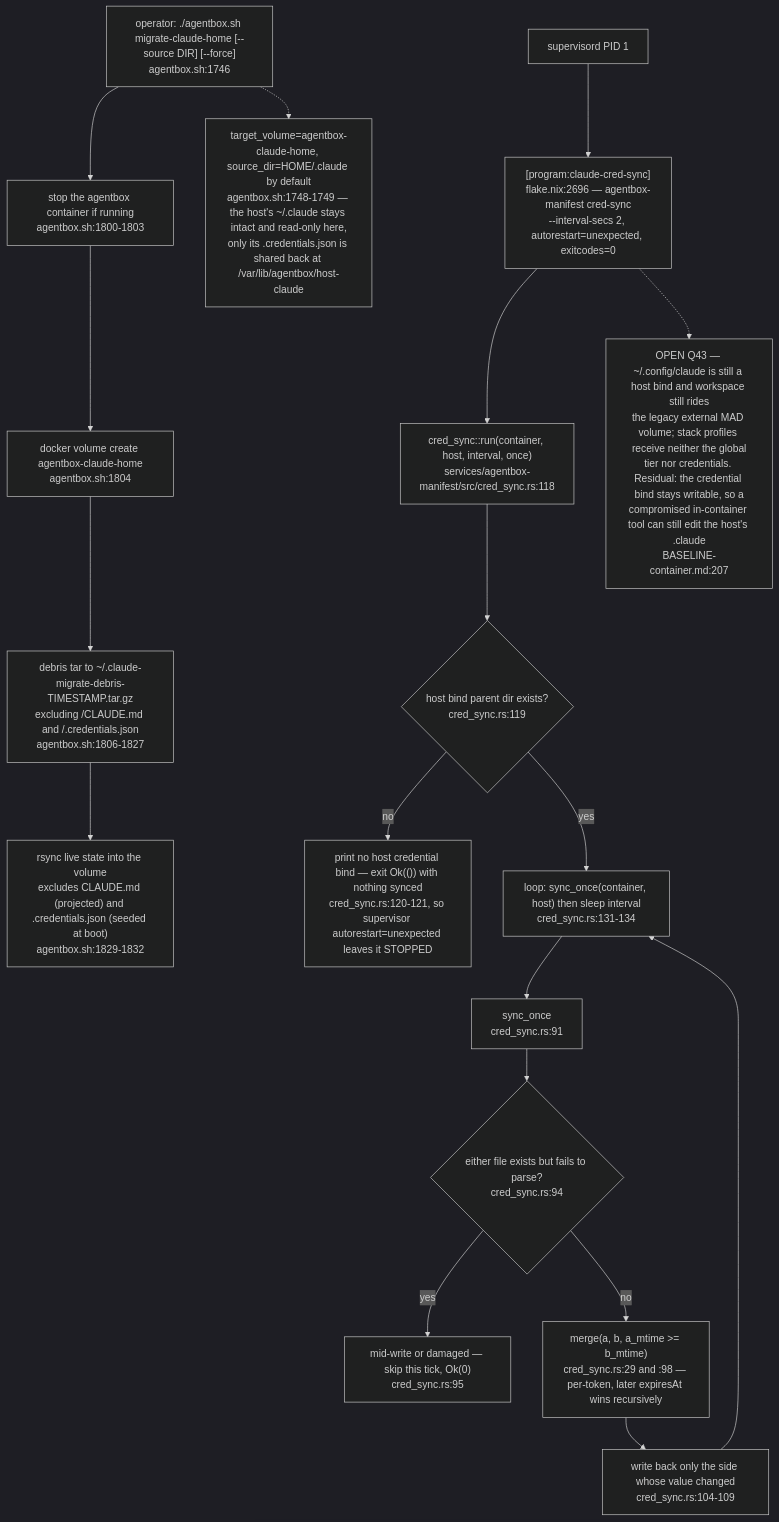
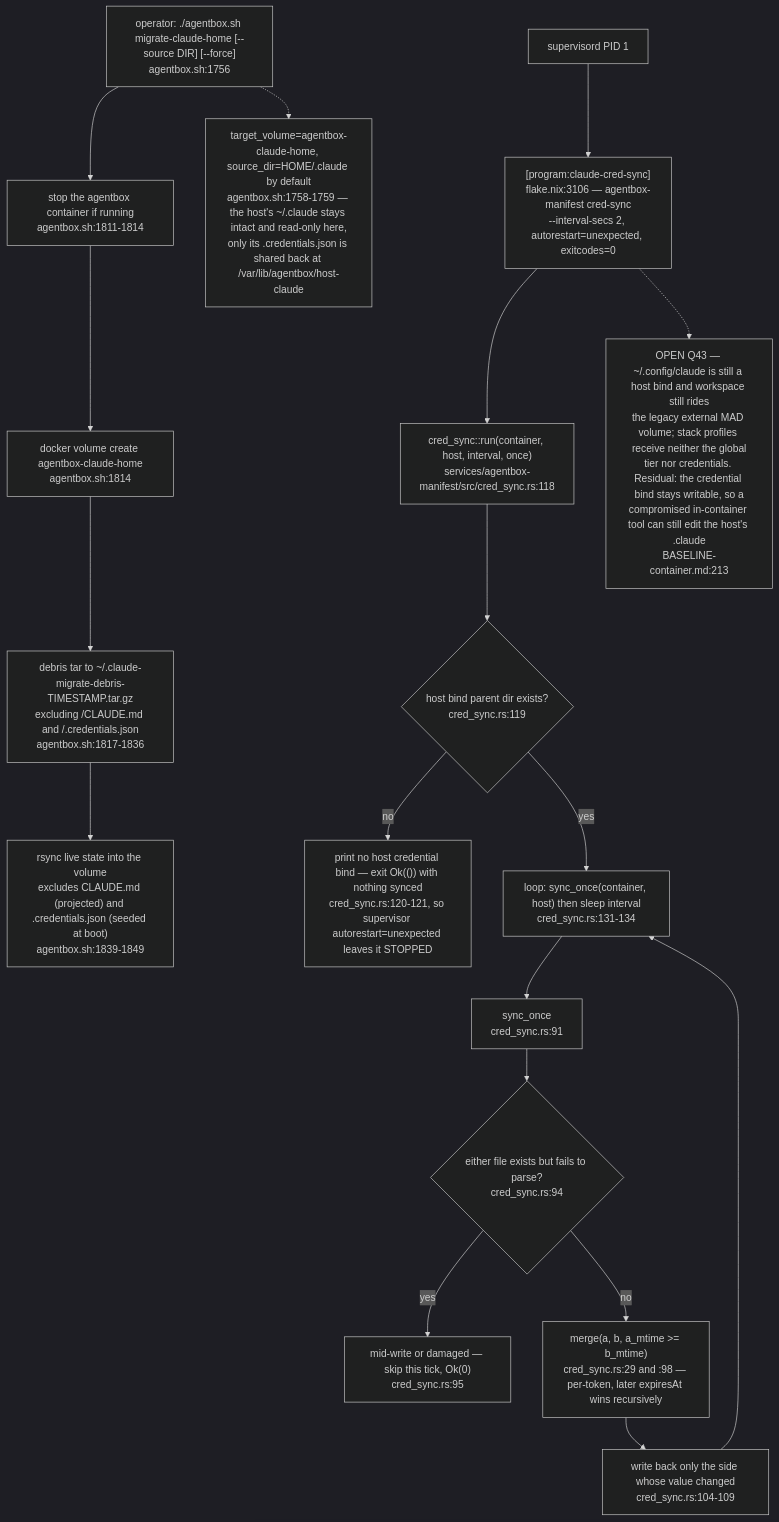
Diagram 11 of 11 in docs/diagrams/agentbox/07-daemons-reapers-cron-backups.md (DreamLab-AI/VisionFlow), drawn with Mermaid (dark theme) before and after one commit. The commit also changed other lines of this file and 111 other files, not shown here.

Commit message:
docs(diagrams): align estate maps with current source

````diff
--- a/docs/diagrams/agentbox/07-daemons-reapers-cron-backups.md
+++ b/docs/diagrams/agentbox/07-daemons-reapers-cron-backups.md
@@ -395,22 +395,22 @@
 ```mermaid
 flowchart TD
-    MIG["operator: ./agentbox.sh migrate-claude-home [--source DIR] [--force]<br/>agentbox.sh:1746"] --> STOP["stop the agentbox container if running<br/>agentbox.sh:1800-1803"]
-    STOP --> VOL["docker volume create agentbox-claude-home<br/>agentbox.sh:1804"]
-    VOL --> DEB["debris tar to ~/.claude-migrate-debris-TIMESTAMP.tar.gz<br/>excluding /CLAUDE.md and /.credentials.json<br/>agentbox.sh:1806-1827"]
-    DEB --> RSYNC["rsync live state into the volume<br/>excludes CLAUDE.md (projected) and .credentials.json (seeded at boot)<br/>agentbox.sh:1829-1832"]
+    MIG["operator: ./agentbox.sh migrate-claude-home [--source DIR] [--force]<br/>agentbox.sh:1756"] --> STOP["stop the agentbox container if running<br/>agentbox.sh:1811-1814"]
+    STOP --> VOL["docker volume create agentbox-claude-home<br/>agentbox.sh:1814"]
+    VOL --> DEB["debris tar to ~/.claude-migrate-debris-TIMESTAMP.tar.gz<br/>excluding /CLAUDE.md and /.credentials.json<br/>agentbox.sh:1817-1836"]
+    DEB --> RSYNC["rsync live state into the volume<br/>excludes CLAUDE.md (projected) and .credentials.json (seeded at boot)<br/>agentbox.sh:1839-1849"]
 
-    SUP["supervisord PID 1"] --> CS["[program:claude-cred-sync]<br/>flake.nix:2696 — agentbox-manifest cred-sync<br/>--interval-secs 2, autorestart=unexpected, exitcodes=0"]
+    SUP["supervisord PID 1"] --> CS["[program:claude-cred-sync]<br/>flake.nix:3106 — agentbox-manifest cred-sync<br/>--interval-secs 2, autorestart=unexpected, exitcodes=0"]
     CS --> RUN["cred_sync::run(container, host, interval, once)<br/>services/agentbox-manifest/src/cred_sync.rs:118"]
     RUN --> GATE{"host bind parent dir exists?<br/>cred_sync.rs:119"}
     GATE -->|no| EXIT0["print no host credential bind — exit Ok(()) with nothing synced<br/>cred_sync.rs:120-121, so supervisor autorestart=unexpected leaves it STOPPED"]
     GATE -->|yes| LOOP["loop: sync_once(container, host) then sleep interval<br/>cred_sync.rs:131-134"]
     LOOP --> SO["sync_once<br/>cred_sync.rs:91"]
     SO --> TORN{"either file exists but fails to parse?<br/>cred_sync.rs:94"}
     TORN -->|yes| WAIT["mid-write or damaged — skip this tick, Ok(0)<br/>cred_sync.rs:95"]
     TORN -->|no| MERGE["merge(a, b, a_mtime >= b_mtime)<br/>cred_sync.rs:29 and :98 — per-token, later expiresAt wins recursively"]
     MERGE --> WRITE["write back only the side whose value changed<br/>cred_sync.rs:104-109"]
     WRITE --> LOOP
 
-    MIG -.-> NOTE1["target_volume=agentbox-claude-home, source_dir=HOME/.claude by default<br/>agentbox.sh:1748-1749 — the host's ~/.claude stays intact and read-only here,<br/>only its .credentials.json is shared back at /var/lib/agentbox/host-claude"]
-    CS -.-> Q43["OPEN Q43 — ~/.config/claude is still a host bind and workspace still rides<br/>the legacy external MAD volume; stack profiles receive neither the global<br/>tier nor credentials. Residual: the credential bind stays writable, so a<br/>compromised in-container tool can still edit the host's .claude<br/>BASELINE-container.md:207"]
+    MIG -.-> NOTE1["target_volume=agentbox-claude-home, source_dir=HOME/.claude by default<br/>agentbox.sh:1758-1759 — the host's ~/.claude stays intact and read-only here,<br/>only its .credentials.json is shared back at /var/lib/agentbox/host-claude"]
+    CS -.-> Q43["OPEN Q43 — ~/.config/claude is still a host bind and workspace still rides<br/>the legacy external MAD volume; stack profiles receive neither the global<br/>tier nor credentials. Residual: the credential bind stays writable, so a<br/>compromised in-container tool can still edit the host's .claude<br/>BASELINE-container.md:213"]
 ```
````
